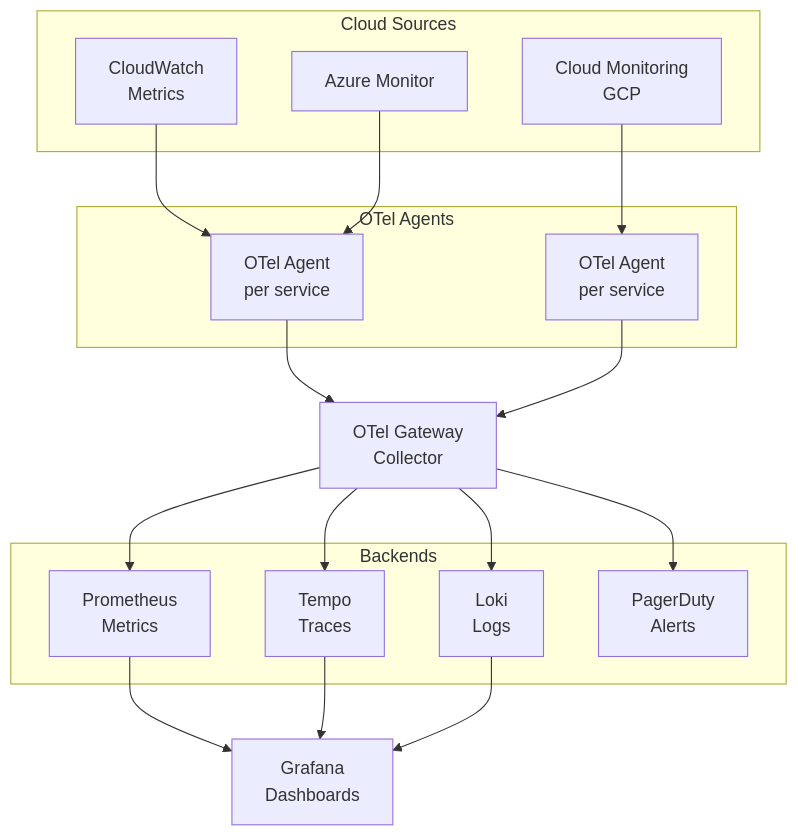
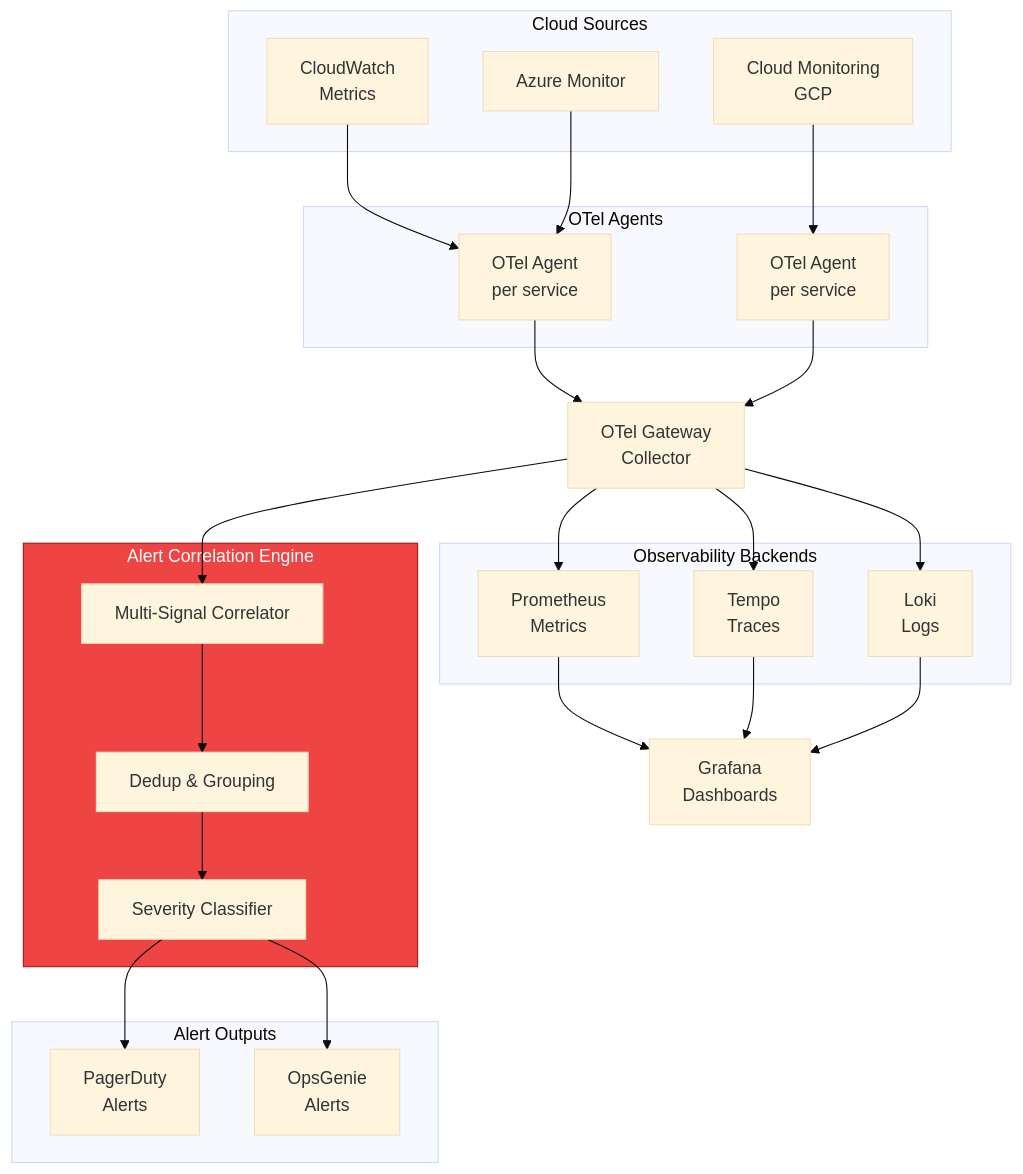
The diagram in README.md (lvonguyen/multicloud-observability), drawn with Mermaid before and after one commit.

Commit message:
docs: add alert correlation subgraph and OpsGenie to architecture diagram
Insert multi-signal correlator, dedup/grouping, severity classifier between
OTel Gateway and alert outputs. Add OpsGenie alongside PagerDuty. Apply
consistent theme styling.

````diff
--- a/README.md
+++ b/README.md
@@ -30,36 +30,53 @@
 ```mermaid
+%%{init: {'theme': 'base', 'themeVariables': {'fontFamily': 'Georgia'}}}%%
 flowchart TD
-    subgraph Cloud Sources
+    subgraph CloudSources["Cloud Sources"]
         CW[CloudWatch\nMetrics]
         AM[Azure Monitor]
         CM[Cloud Monitoring\nGCP]
     end
 
-    subgraph OTel Agents
+    subgraph OTelAgents["OTel Agents"]
         A1[OTel Agent\nper service]
         A2[OTel Agent\nper service]
     end
 
-    subgraph Backends
+    subgraph Backends["Observability Backends"]
         PROM[Prometheus\nMetrics]
         TEMPO[Tempo\nTraces]
         LOKI[Loki\nLogs]
+    end
+
+    subgraph AlertCorrelation["Alert Correlation Engine"]
+        style AlertCorrelation fill:#ef4444,stroke:#991b1b,color:#fff
+        AC1["Multi-Signal Correlator"]
+        AC2["Dedup & Grouping"]
+        AC3["Severity Classifier"]
+    end
+
+    subgraph AlertOutputs["Alert Outputs"]
         PD[PagerDuty\nAlerts]
+        OG[OpsGenie\nAlerts]
     end
 
     CW --> A1
     AM --> A1
     CM --> A2
 
     A1 --> GW[OTel Gateway\nCollector]
     A2 --> GW
 
     GW --> PROM
     GW --> TEMPO
     GW --> LOKI
-    GW --> PD
+    GW --> AC1
+
+    AC1 --> AC2 --> AC3
+
+    AC3 --> PD
+    AC3 --> OG
 
     PROM --> G[Grafana\nDashboards]
     TEMPO --> G
     LOKI --> G
 ```
````
